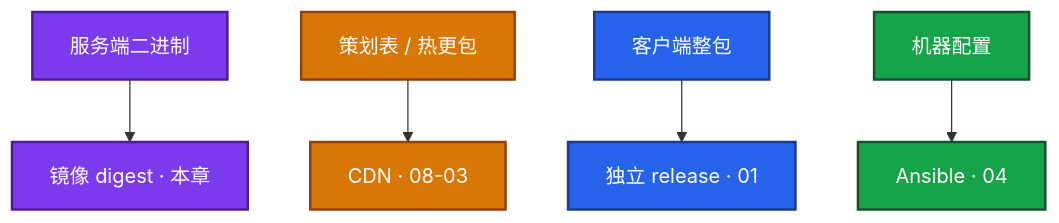
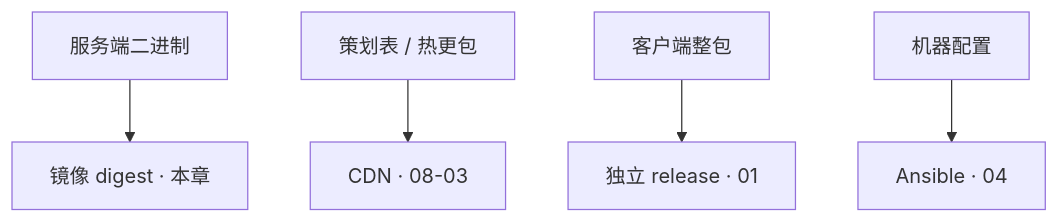
Before and after one commit to ml-cuizijun/LearnToLilith: the fifth of 6 diagrams in 04-工程化与自动化/03-制品与镜像/知识点.md, drawn with Mermaid. The commit also changed other lines of this file and 470 other files, not shown here.

````diff
--- a/04-工程化与自动化/03-制品与镜像/知识点.md
+++ b/04-工程化与自动化/03-制品与镜像/知识点.md
@@ -511,15 +497,11 @@
 ```mermaid
 flowchart TB
     a[服务端二进制] --> a1[镜像 digest · 本章]
     b[策划表 / 热更包] --> b1[CDN · 08-03]
     c[客户端整包] --> c1[独立 release · 01]
     d[机器配置] --> d1[Ansible · 04]
-    classDef a fill:#7C3AED,stroke:#4C1D95,stroke-width:2px,color:#fff
-    classDef b fill:#D97706,stroke:#92400E,stroke-width:2px,color:#fff
-    classDef c fill:#2563EB,stroke:#1E3A8A,stroke-width:2px,color:#fff
-    classDef d fill:#16A34A,stroke:#14532D,stroke-width:2px,color:#fff
     class a,a1 a
     class b,b1 b
     class c,c1 c
     class d,d1 d
 ```
````
